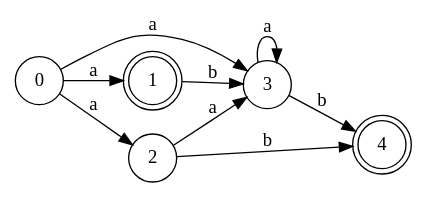
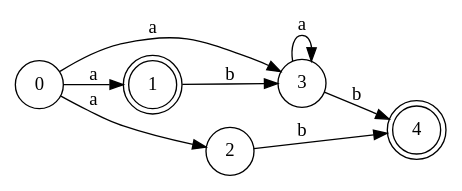
Before and after one commit to Nooosky/Licence3: the diagram in Theorie_Langages/TP/img/automaton.dot, drawn with Graphviz. The commit also changed 7 other files, not shown here.

```diff
--- a/Theorie_Langages/TP/img/automaton.dot
+++ b/Theorie_Langages/TP/img/automaton.dot
@@ -1,14 +1,13 @@
 digraph finite_state_machine {
 	rankdir=LR;
 	size="8,5";
 	node [shape = doublecircle]; 1 4;
 	node [shape = circle];
 	0 -> 1 [ label = "a" ];
 	0 -> 2 [ label = "a" ];
 	0 -> 3 [ label = "a" ];
 	1 -> 3 [ label = "b" ];
-	2 -> 3 [ label = "a" ];
 	2 -> 4 [ label = "b" ];
 	3 -> 3 [ label = "a" ];
 	3 -> 4 [ label = "b" ];
 }
```
